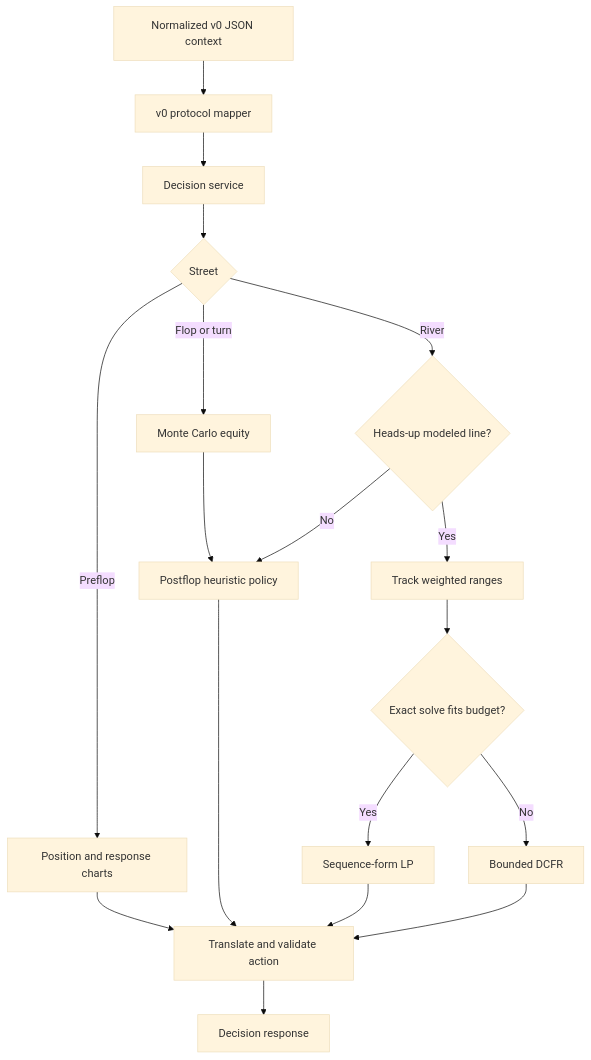
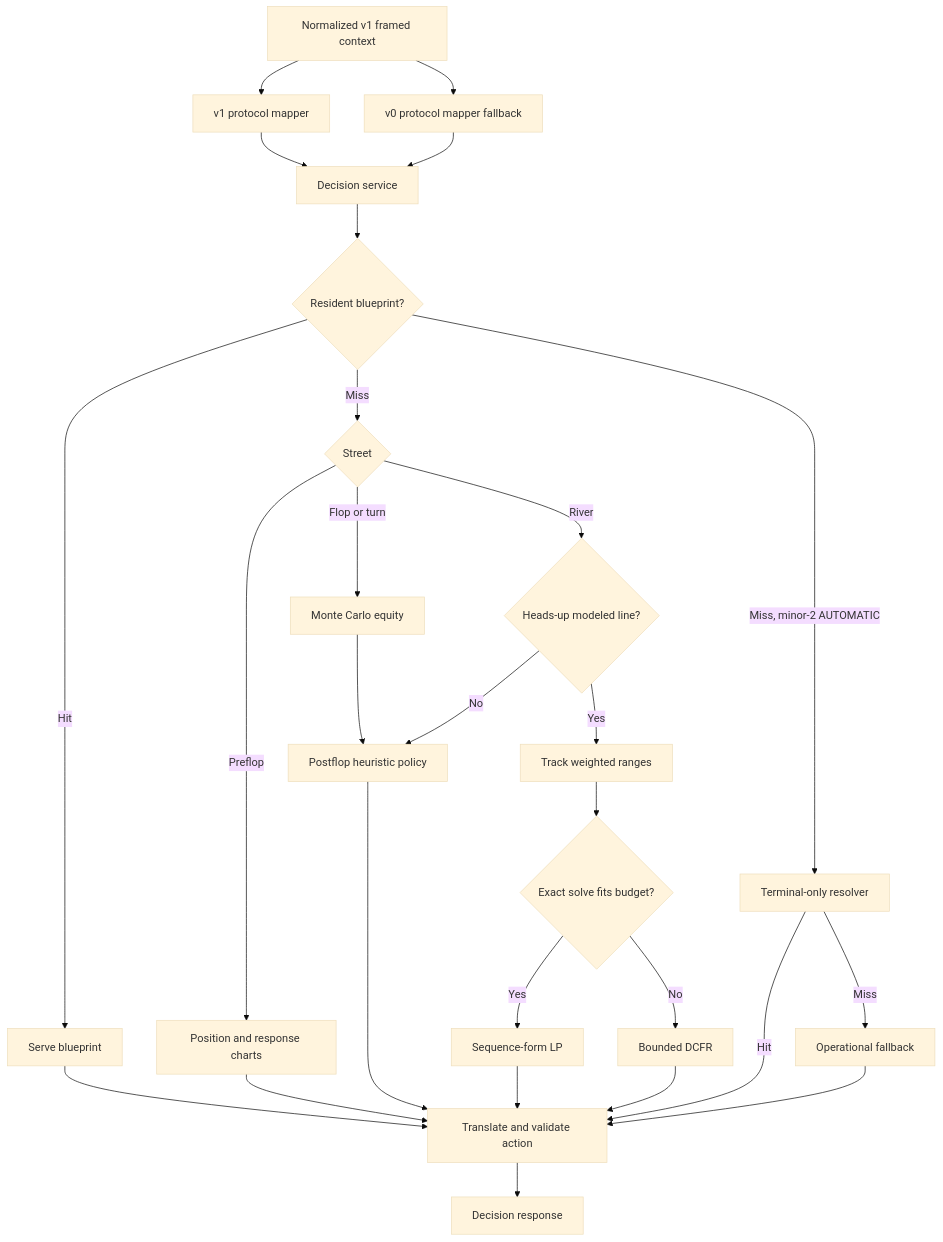
Before and after one commit to Zzzode/BigShark: the first of 5 diagrams in docs/design/gto-engine.md, drawn with Mermaid (base theme). The commit also changed other lines of this file and 7 other files, not shown here.

````diff
--- a/docs/design/gto-engine.md
+++ b/docs/design/gto-engine.md
@@ -28,20 +35,29 @@
 ```mermaid
 flowchart TD
-  Input[Normalized v0 JSON context] --> Protocol[v0 protocol mapper]
+  Input[Normalized v1 framed context] --> Protocol[v1 protocol mapper]
+  Input --> V0Fallback[v0 protocol mapper fallback]
   Protocol --> Service[Decision service]
-  Service --> Street{Street}
+  V0Fallback --> Service
+  Service --> Resident{Resident blueprint?}
+  Resident -->|Hit| Blueprint[Serve blueprint]
+  Resident -->|Miss| Street{Street}
   Street -->|Preflop| Charts[Position and response charts]
   Street -->|Flop or turn| Equity[Monte Carlo equity]
   Equity --> Heuristic[Postflop heuristic policy]
   Street -->|River| Supported{Heads-up modeled line?}
   Supported -->|No| Heuristic
   Supported -->|Yes| Ranges[Track weighted ranges]
   Ranges --> Budget{Exact solve fits budget?}
   Budget -->|Yes| LP[Sequence-form LP]
   Budget -->|No| DCFR[Bounded DCFR]
+  Resident -->|Miss, minor-2 AUTOMATIC| Resolve[Terminal-only resolver]
+  Resolve -->|Hit| Translate
+  Resolve -->|Miss| Fallback[Operational fallback]
   LP --> Translate[Translate and validate action]
   DCFR --> Translate
   Charts --> Translate
   Heuristic --> Translate
+  Blueprint --> Translate
+  Fallback --> Translate
   Translate --> Output[Decision response]
 ```
````
